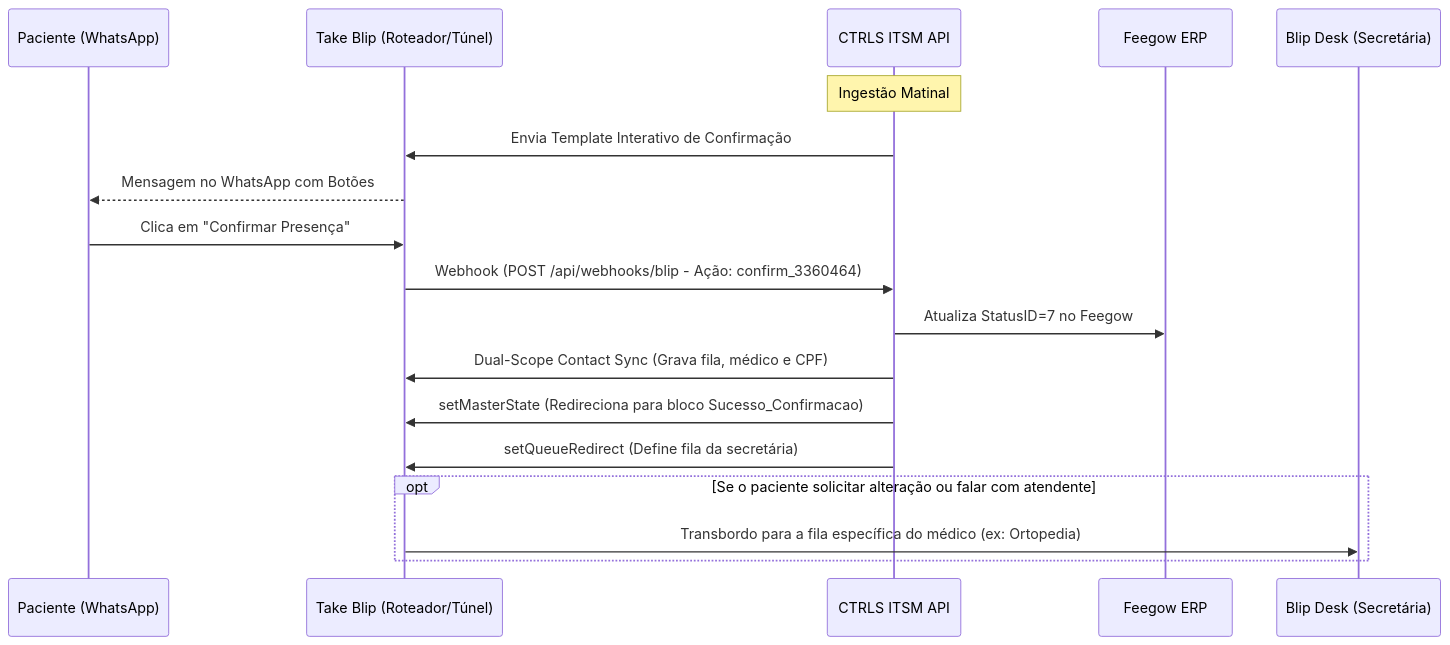
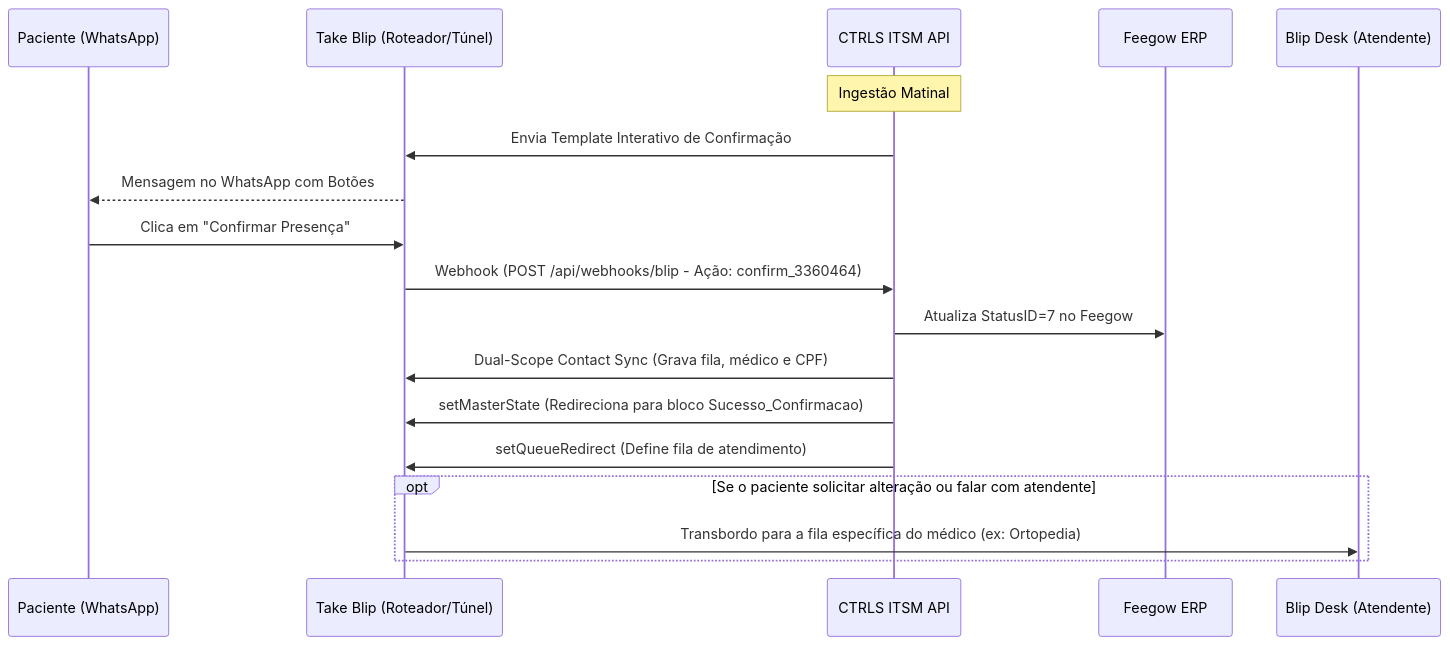
One commit to VictorGHss/CTRLS-ITSM changed the diagram in docs/INTEGRATIONS.md. Above: the diagram before and after it, drawn with Mermaid. The commit also changed other lines of this file and 20 other files, not shown here.

````diff
--- a/docs/INTEGRATIONS.md
+++ b/docs/INTEGRATIONS.md
@@ -66,24 +66,24 @@
 ```mermaid
 sequenceDiagram
     participant P as Paciente (WhatsApp)
     participant B as Take Blip (Roteador/Túnel)
     participant API as CTRLS ITSM API
     participant F as Feegow ERP
-    participant D as Blip Desk (Secretária)
+    participant D as Blip Desk (Atendente)
 
     Note over API: Ingestão Matinal
     API->>B: Envia Template Interativo de Confirmação
     B-->>P: Mensagem no WhatsApp com Botões
 
     P->>B: Clica em "Confirmar Presença"
     B->>API: Webhook (POST /api/webhooks/blip - Ação: confirm_3360464)
     
     API->>F: Atualiza StatusID=7 no Feegow
     API->>B: Dual-Scope Contact Sync (Grava fila, médico e CPF)
     API->>B: setMasterState (Redireciona para bloco Sucesso_Confirmacao)
-    API->>B: setQueueRedirect (Define fila da secretária)
+    API->>B: setQueueRedirect (Define fila de atendimento)
     
     opt Se o paciente solicitar alteração ou falar com atendente
         B->>D: Transbordo para a fila específica do médico (ex: Ortopedia)
     end
 ```
````
